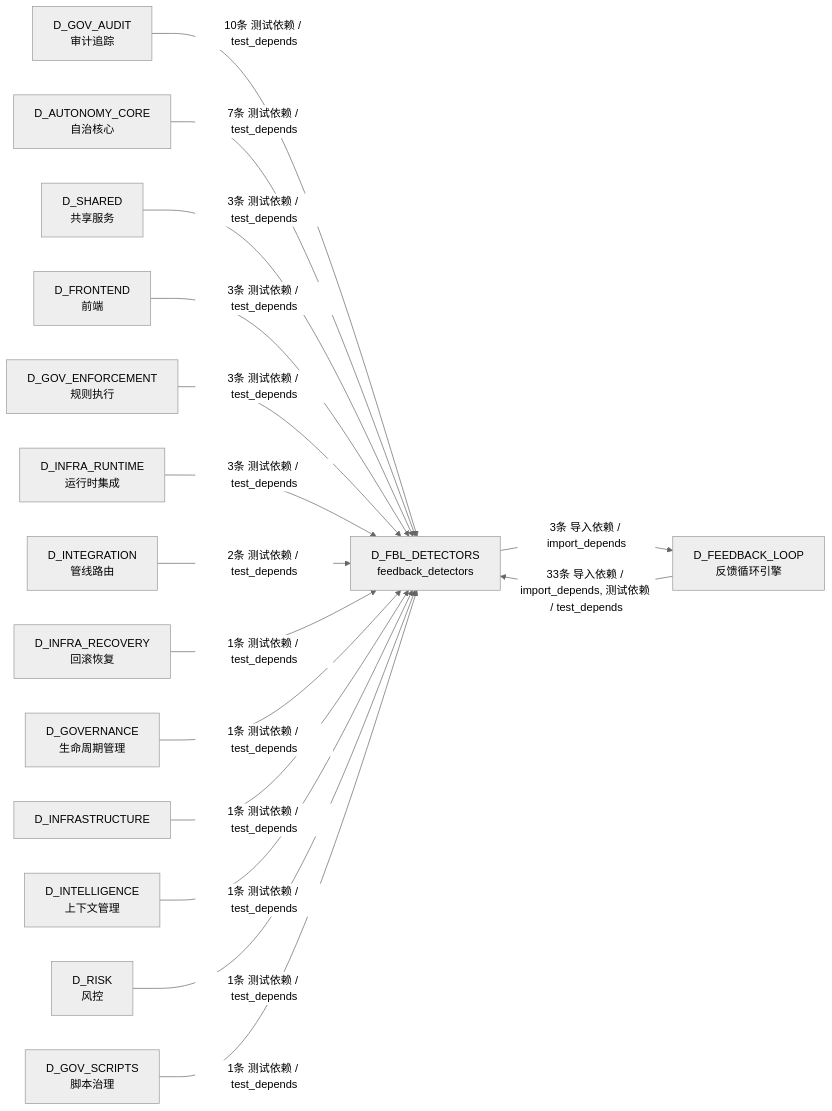
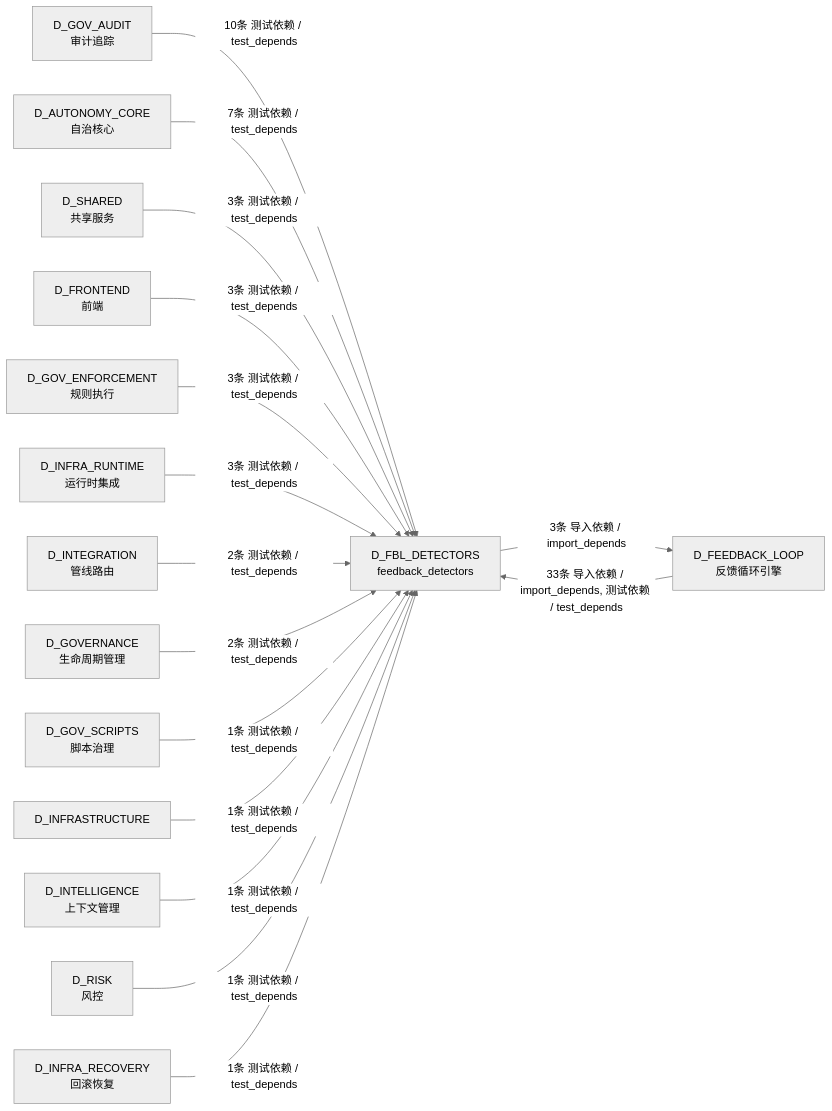
The sixth of 6 diagrams in docs/02_enterprise_architecture/02_domain_architecture_docs/11_d_fbl_detectors.md (xuanFelixVan/ZephyrAlpha), drawn with Mermaid (neutral theme) before and after one commit. The commit also changed other lines of this file and 126 other files, not shown here.

````diff
--- a/docs/02_enterprise_architecture/02_domain_architecture_docs/11_d_fbl_detectors.md
+++ b/docs/02_enterprise_architecture/02_domain_architecture_docs/11_d_fbl_detectors.md
@@ -518,33 +518,33 @@
 ```mermaid
 graph LR
     D_FBL_DETECTORS["D_FBL_DETECTORS<br/>feedback_detectors"]
     D_FEEDBACK_LOOP["D_FEEDBACK_LOOP<br/>反馈循环引擎"]
     D_GOV_AUDIT["D_GOV_AUDIT<br/>审计追踪"]
     D_AUTONOMY_CORE["D_AUTONOMY_CORE<br/>自治核心"]
     D_SHARED["D_SHARED<br/>共享服务"]
     D_FRONTEND["D_FRONTEND<br/>前端"]
     D_GOV_ENFORCEMENT["D_GOV_ENFORCEMENT<br/>规则执行"]
     D_INFRA_RUNTIME["D_INFRA_RUNTIME<br/>运行时集成"]
     D_INTEGRATION["D_INTEGRATION<br/>管线路由"]
-    D_INFRA_RECOVERY["D_INFRA_RECOVERY<br/>回滚恢复"]
     D_GOVERNANCE["D_GOVERNANCE<br/>生命周期管理"]
+    D_GOV_SCRIPTS["D_GOV_SCRIPTS<br/>脚本治理"]
     D_INFRASTRUCTURE["D_INFRASTRUCTURE"]
     D_INTELLIGENCE["D_INTELLIGENCE<br/>上下文管理"]
     D_RISK["D_RISK<br/>风控"]
-    D_GOV_SCRIPTS["D_GOV_SCRIPTS<br/>脚本治理"]
+    D_INFRA_RECOVERY["D_INFRA_RECOVERY<br/>回滚恢复"]
     D_FBL_DETECTORS -->|3条 导入依赖 / import_depends| D_FEEDBACK_LOOP
     D_FEEDBACK_LOOP -->|33条 导入依赖 / import_depends, 测试依赖 / test_depends| D_FBL_DETECTORS
     D_GOV_AUDIT -->|10条 测试依赖 / test_depends| D_FBL_DETECTORS
     D_AUTONOMY_CORE -->|7条 测试依赖 / test_depends| D_FBL_DETECTORS
     D_SHARED -->|3条 测试依赖 / test_depends| D_FBL_DETECTORS
     D_FRONTEND -->|3条 测试依赖 / test_depends| D_FBL_DETECTORS
     D_GOV_ENFORCEMENT -->|3条 测试依赖 / test_depends| D_FBL_DETECTORS
     D_INFRA_RUNTIME -->|3条 测试依赖 / test_depends| D_FBL_DETECTORS
     D_INTEGRATION -->|2条 测试依赖 / test_depends| D_FBL_DETECTORS
-    D_INFRA_RECOVERY -->|1条 测试依赖 / test_depends| D_FBL_DETECTORS
-    D_GOVERNANCE -->|1条 测试依赖 / test_depends| D_FBL_DETECTORS
+    D_GOVERNANCE -->|2条 测试依赖 / test_depends| D_FBL_DETECTORS
+    D_GOV_SCRIPTS -->|1条 测试依赖 / test_depends| D_FBL_DETECTORS
     D_INFRASTRUCTURE -->|1条 测试依赖 / test_depends| D_FBL_DETECTORS
     D_INTELLIGENCE -->|1条 测试依赖 / test_depends| D_FBL_DETECTORS
     D_RISK -->|1条 测试依赖 / test_depends| D_FBL_DETECTORS
-    D_GOV_SCRIPTS -->|1条 测试依赖 / test_depends| D_FBL_DETECTORS
+    D_INFRA_RECOVERY -->|1条 测试依赖 / test_depends| D_FBL_DETECTORS
 ```
````
